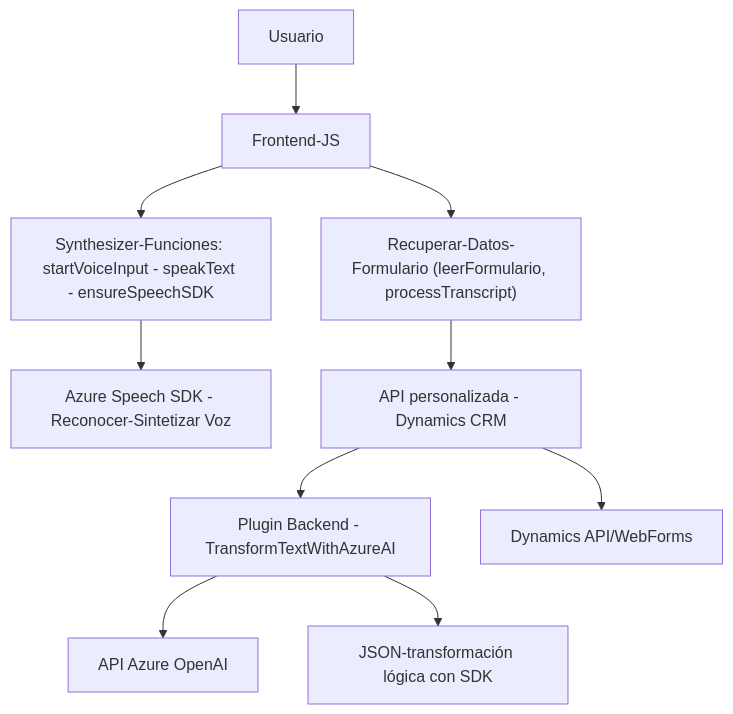
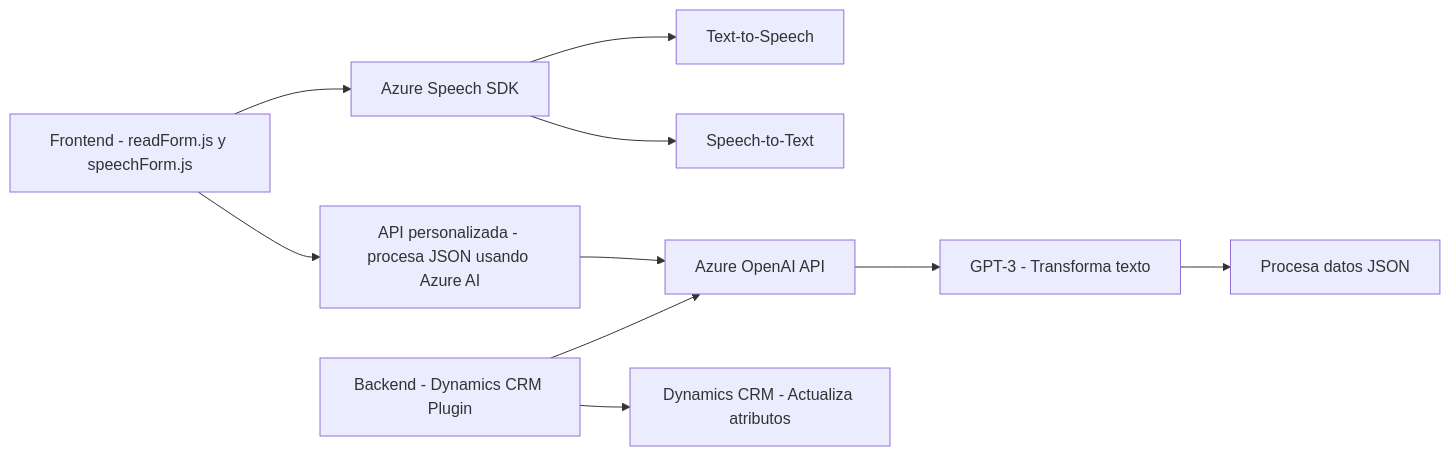
Before and after one commit to blopezdm/NETCORE_BILBAO2025: the diagram in README.md, drawn with Mermaid. The commit also changed other lines of this file, not shown here.

Commit message:
Actualizar análisis global de la solución con IA

````diff
--- a/README.md
+++ b/README.md
@@ -66,16 +46,12 @@
 ```mermaid
-graph TD
-    A["Usuario"] --> B["Frontend-JS"]
-    B --> C["Synthesizer-Funciones: startVoiceInput - speakText - ensureSpeechSDK"]
-    C--> D["Azure Speech SDK - Reconocer-Sintetizar Voz"]
-
-    B --> E["Recuperar-Datos-Formulario (leerFormulario, processTranscript)"]
-    E --> F["API personalizada - Dynamics CRM"]
-
-    F --> G["Plugin Backend - TransformTextWithAzureAI"]
-
-    G --> H["API Azure OpenAI"]
-    F --> J["Dynamics API/WebForms"]
-
-    G --> I["JSON-transformación lógica con SDK"]
+graph LR
+    A["Frontend - readForm.js y speechForm.js"] --> B["Azure Speech SDK"]
+    B --> C["Text-to-Speech"]
+    B --> D["Speech-to-Text"]
+    A --> E["API personalizada - procesa JSON usando Azure AI"]
+    E --> F["Azure OpenAI API"]
+    F --> G["GPT-3 - Transforma texto"]
+    G --> H["Procesa datos JSON"]
+    I["Backend - Dynamics CRM Plugin"] --> F
+    I --> J["Dynamics CRM - Actualiza atributos"]
 ```
````
